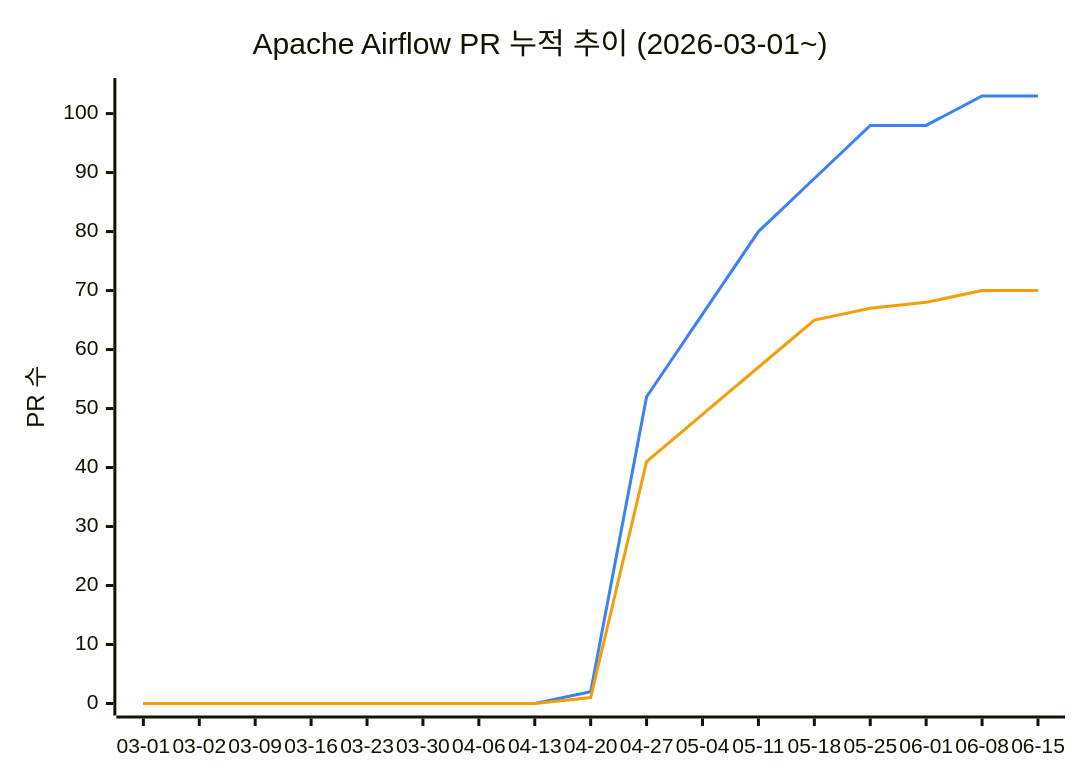
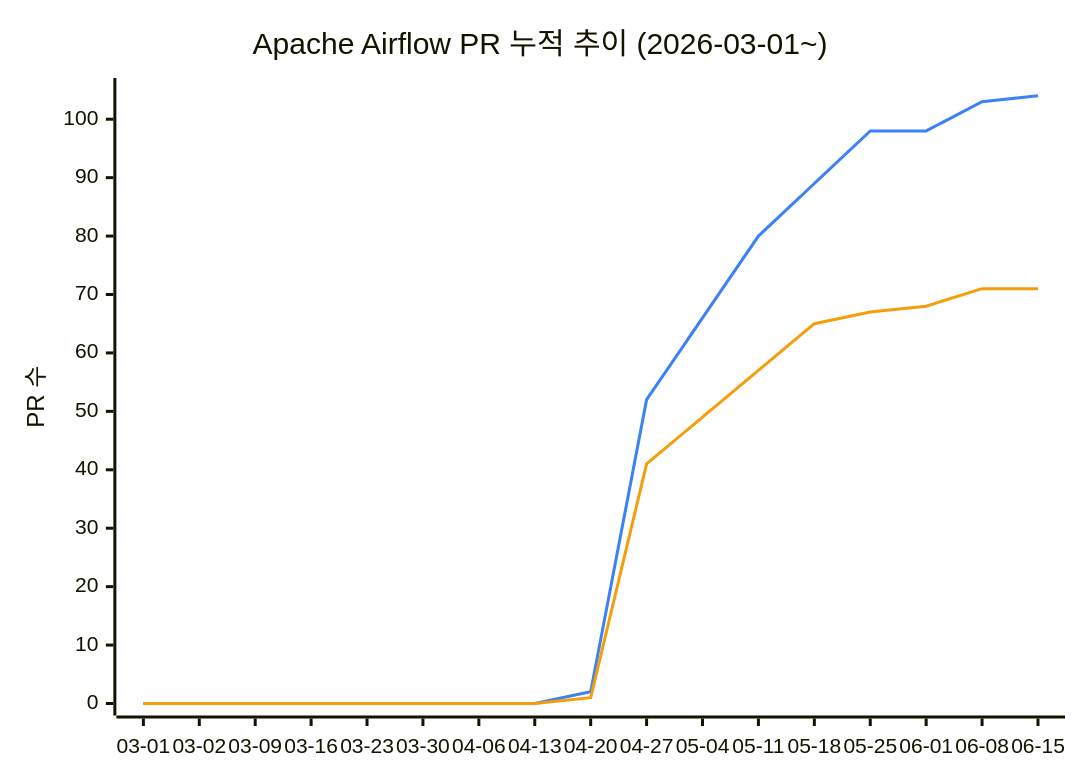
The diagram in README.md (AirflowKorea/ossca), drawn with Mermaid before and after one commit. The commit also changed other lines of this file, not shown here.

````diff
--- a/README.md
+++ b/README.md
@@ -11,9 +11,9 @@
 ```mermaid
 %%{init: {"themeVariables": {"xyChart": {"plotColorPalette": "#3b82f6, #f59e0b"}}}}%%
 xychart-beta
     title "Apache Airflow PR 누적 추이 (2026-03-01~)"
     x-axis ["03-01", "03-02", "03-09", "03-16", "03-23", "03-30", "04-06", "04-13", "04-20", "04-27", "05-04", "05-11", "05-18", "05-25", "06-01", "06-08", "06-15"]
-    y-axis "PR 수" 0 --> 104
-    line [0, 0, 0, 0, 0, 0, 0, 0, 2, 52, 66, 80, 89, 98, 98, 103, 103]
-    line [0, 0, 0, 0, 0, 0, 0, 0, 1, 41, 49, 57, 65, 67, 68, 70, 70]
+    y-axis "PR 수" 0 --> 105
+    line [0, 0, 0, 0, 0, 0, 0, 0, 2, 52, 66, 80, 89, 98, 98, 103, 104]
+    line [0, 0, 0, 0, 0, 0, 0, 0, 1, 41, 49, 57, 65, 67, 68, 71, 71]
 ```
````
